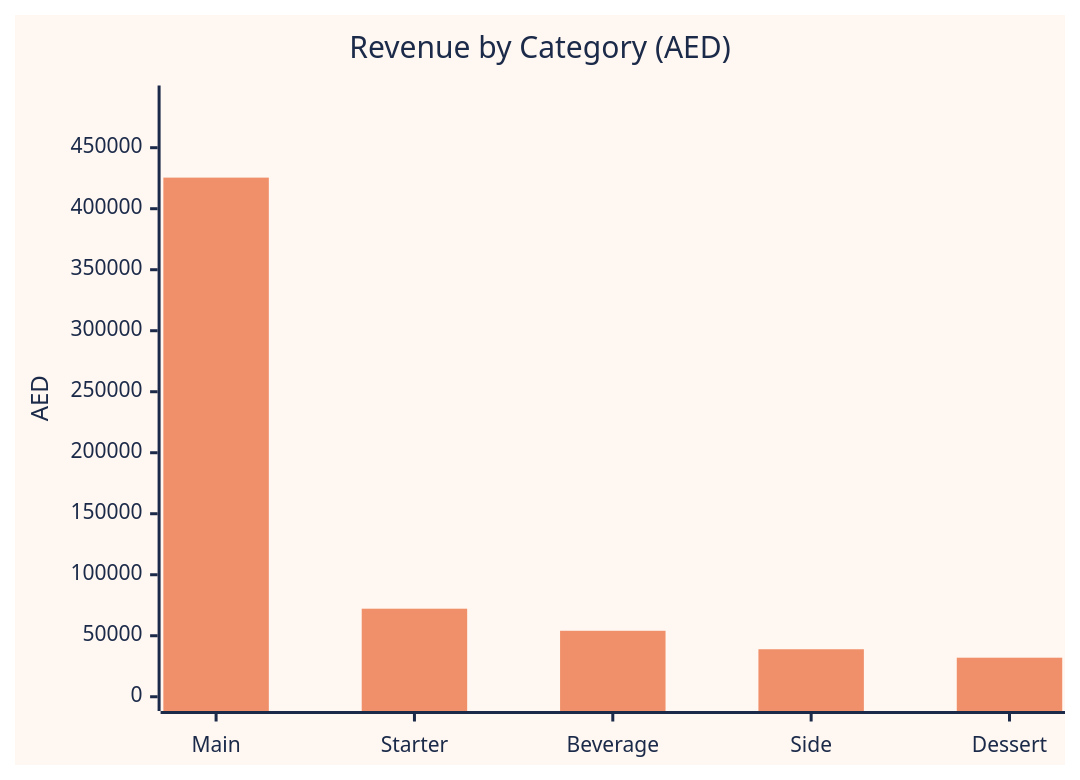
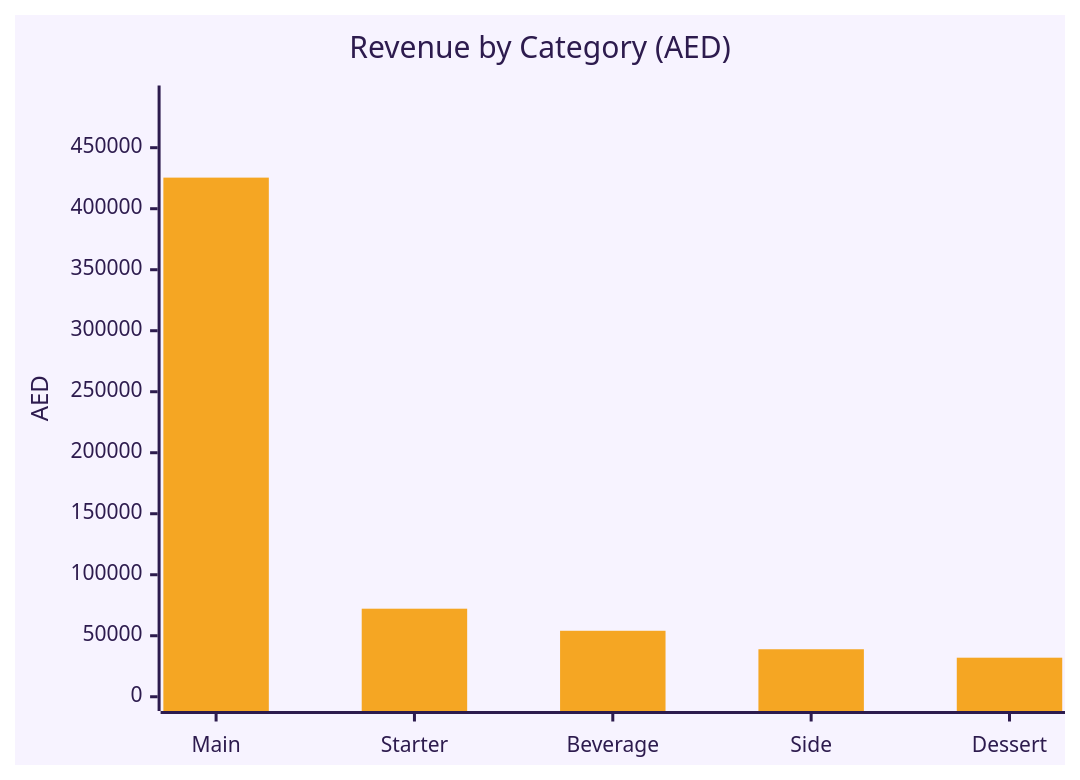
The eighth of 9 diagrams in README.md (shalini09924/Data26), drawn with Mermaid before and after one commit. The commit also changed other lines of this file, not shown here.

Commit message:
Update README with new metrics and chart themes

````diff
--- a/README.md
+++ b/README.md
@@ -143,8 +143,8 @@
 ```mermaid
-%%{init: {"theme": "base", "themeVariables": {"xyChart": {"backgroundColor": "#FFF7F1", "titleColor": "#1B2A49", "xAxisLabelColor": "#1B2A49", "xAxisTitleColor": "#1B2A49", "xAxisTickColor": "#1B2A49", "xAxisLineColor": "#1B2A49", "yAxisLabelColor": "#1B2A49", "yAxisTitleColor": "#1B2A49", "yAxisTickColor": "#1B2A49", "yAxisLineColor": "#1B2A49", "plotColorPalette": "#F0906A"}}}}%%
+%%{init: {"theme": "base", "themeVariables": {"xyChart": {"backgroundColor": "#F7F3FF", "titleColor": "#2D1B4E", "xAxisLabelColor": "#2D1B4E", "xAxisTitleColor": "#2D1B4E", "xAxisTickColor": "#2D1B4E", "xAxisLineColor": "#2D1B4E", "yAxisLabelColor": "#2D1B4E", "yAxisTitleColor": "#2D1B4E", "yAxisTickColor": "#2D1B4E", "yAxisLineColor": "#2D1B4E", "plotColorPalette": "#F5A623"}}}}%%
 xychart-beta
     title "Revenue by Category (AED)"
     x-axis ["Main", "Starter", "Beverage", "Side", "Dessert"]
     y-axis "AED" 0 --> 489303
     bar [425481.0, 72170.0, 54070.0, 38932.0, 32010.0]
 ```
````
